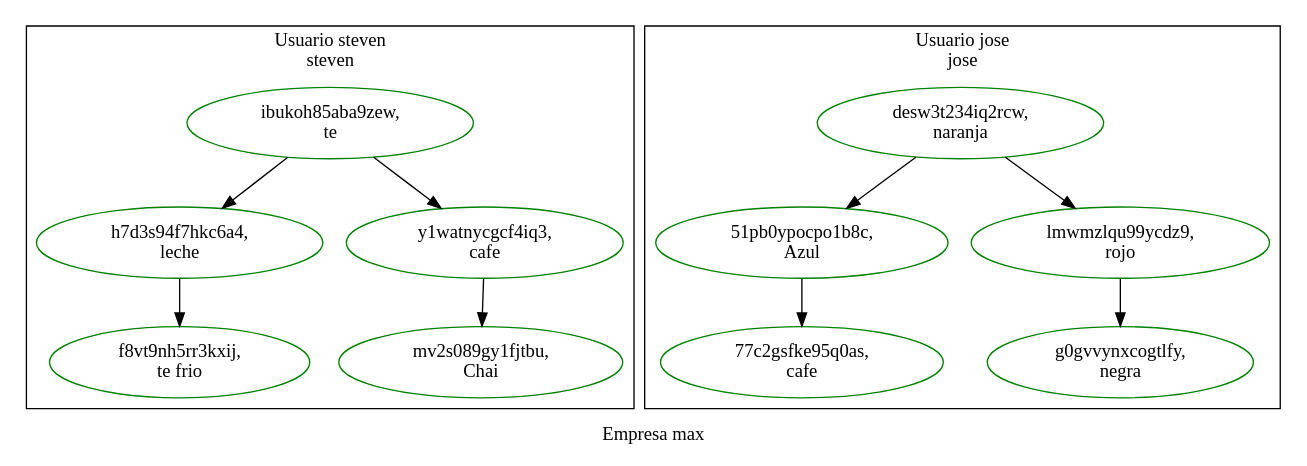
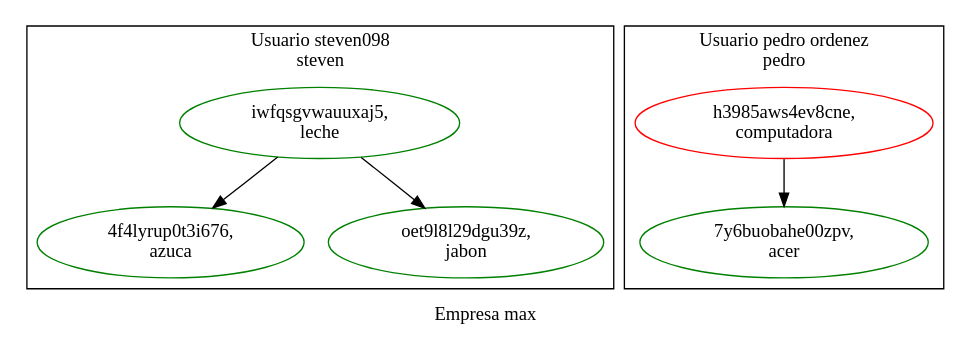
One commit to Stevensis/EDD20VJ_Proyecto1 changed the diagram in ReporteActivosmax.dot. Above: the diagram before and after it, drawn with Graphviz. The commit also changed 19 other files, not shown here.

```diff
--- a/ReporteActivosmax.dot
+++ b/ReporteActivosmax.dot
@@ -1,32 +1,27 @@
 digraph G { 
 
  label="Empresa max " 
 
  subgraph cluster_0 { 
 
- label="Usuario steven \n steven " 
+ label="Usuario steven098 \n steven " 
 node [height=0.5, width=1.2];
-"f8vt9nh5rr3kxij" [label=" f8vt9nh5rr3kxij,\nte frio",color=green] 
-"h7d3s94f7hkc6a4" [label=" h7d3s94f7hkc6a4,\nleche",color=green] 
-"h7d3s94f7hkc6a4" -> "f8vt9nh5rr3kxij" 
-"ibukoh85aba9zew" [label=" ibukoh85aba9zew,\nte",color=green] 
-"ibukoh85aba9zew" -> "y1watnycgcf4iq3" 
-"ibukoh85aba9zew" -> "h7d3s94f7hkc6a4" 
-"mv2s089gy1fjtbu" [label=" mv2s089gy1fjtbu,\nChai",color=green] 
-"y1watnycgcf4iq3" [label=" y1watnycgcf4iq3,\ncafe",color=green] 
-"y1watnycgcf4iq3" -> "mv2s089gy1fjtbu" 
+"4f4lyrup0t3i676" [label=" 4f4lyrup0t3i676,\nazuca",color=green] 
+"iwfqsgvwauuxaj5" [label=" iwfqsgvwauuxaj5,\nleche",color=green] 
+"iwfqsgvwauuxaj5" -> "oet9l8l29dgu39z" 
+"iwfqsgvwauuxaj5" -> "4f4lyrup0t3i676" 
+"oet9l8l29dgu39z" [label=" oet9l8l29dgu39z,\njabon",color=green] 
 }
  subgraph cluster_1 { 
 
- label="Usuario jose \n jose " 
+ label="Usuario pedro ordenez \n pedro " 
 node [height=0.5, width=1.2];
-"51pb0ypocpo1b8c" [label=" 51pb0ypocpo1b8c,\nAzul",color=green] 
-"51pb0ypocpo1b8c" -> "77c2gsfke95q0as" 
-"77c2gsfke95q0as" [label=" 77c2gsfke95q0as,\ncafe",color=green] 
-"desw3t234iq2rcw" [label=" desw3t234iq2rcw,\nnaranja",color=green] 
-"desw3t234iq2rcw" -> "lmwmzlqu99ycdz9" 
-"desw3t234iq2rcw" -> "51pb0ypocpo1b8c" 
-"g0gvvynxcogtlfy" [label=" g0gvvynxcogtlfy,\nnegra",color=green] 
-"lmwmzlqu99ycdz9" [label=" lmwmzlqu99ycdz9,\nrojo",color=green] 
-"lmwmzlqu99ycdz9" -> "g0gvvynxcogtlfy" 
+"7y6buobahe00zpv" [label=" 7y6buobahe00zpv,\nacer",color=green] 
+"h3985aws4ev8cne" [label=" h3985aws4ev8cne,\ncomputadora",color=red] 
+"h3985aws4ev8cne" -> "7y6buobahe00zpv" 
+}
+ subgraph cluster_2 { 
+
+ label="Usuario kevin lopez \n kevin " 
+node [height=0.5, width=1.2];
 }}
```
